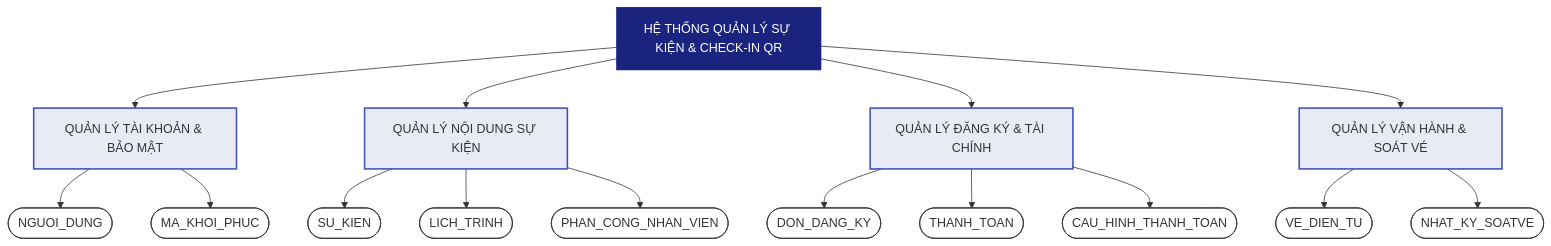
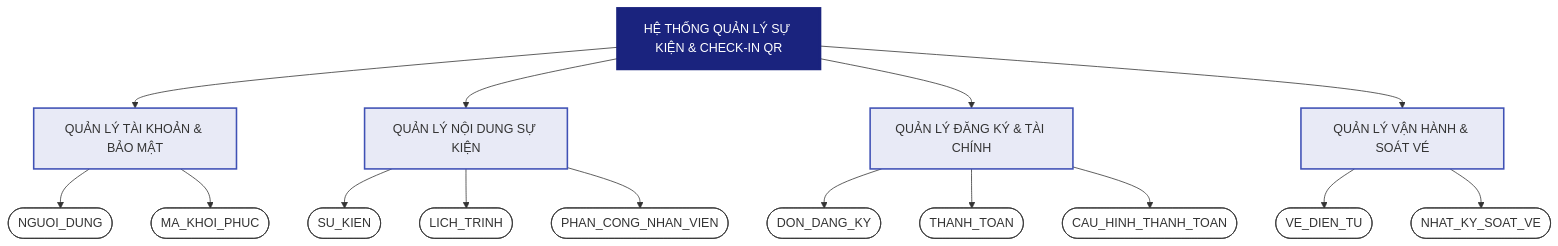
Before and after one commit to ChuDucAnh21/BE-quan-ly-su-kien: the diagram in doc/system_analysis/07_entity_decomposition.md, drawn with Mermaid. The commit also changed other lines of this file and 22 other files, not shown here.

````diff
--- a/doc/system_analysis/07_entity_decomposition.md
+++ b/doc/system_analysis/07_entity_decomposition.md
@@ -8,78 +9,78 @@
 ```mermaid
 graph TD
     %% ============================
     %% LEVEL 0: Hệ thống
     %% ============================
     System["HỆ THỐNG QUẢN LÝ SỰ KIỆN & CHECK-IN QR"]
 
     %% ============================
     %% LEVEL 1: Nhóm chức năng (hình chữ nhật)
     %% ============================
     Auth["QUẢN LÝ TÀI KHOẢN & BẢO MẬT"]
     EvMng["QUẢN LÝ NỘI DUNG SỰ KIỆN"]
     RegPay["QUẢN LÝ ĐĂNG KÝ & TÀI CHÍNH"]
     Ops["QUẢN LÝ VẬN HÀNH & SOÁT VÉ"]
 
     %% ============================
     %% LEVEL 2: Thực thể dữ liệu (hình oval)
     %% ============================
     NGUOI_DUNG([NGUOI_DUNG])
     MA_KHOI_PHUC([MA_KHOI_PHUC])
 
     SU_KIEN([SU_KIEN])
     LICH_TRINH([LICH_TRINH])
     PHAN_CONG_NHAN_VIEN([PHAN_CONG_NHAN_VIEN])
 
     DON_DANG_KY([DON_DANG_KY])
     THANH_TOAN([THANH_TOAN])
     CAU_HINH_THANH_TOAN([CAU_HINH_THANH_TOAN])
 
     VE_DIEN_TU([VE_DIEN_TU])
-    NHAT_KY_SOATVE([NHAT_KY_SOATVE])
+    NHAT_KY_SOAT_VE([NHAT_KY_SOAT_VE])
 
     %% ============================
     %% KẾT NỐI Level 0 → Level 1
     %% ============================
     System --> Auth
     System --> EvMng
     System --> RegPay
     System --> Ops
 
     %% ============================
     %% KẾT NỐI Level 1 → Level 2
     %% ============================
     Auth    --> NGUOI_DUNG
     Auth    --> MA_KHOI_PHUC
 
     EvMng   --> SU_KIEN
     EvMng   --> LICH_TRINH
     EvMng   --> PHAN_CONG_NHAN_VIEN
 
     RegPay  --> DON_DANG_KY
     RegPay  --> THANH_TOAN
     RegPay  --> CAU_HINH_THANH_TOAN
 
     Ops     --> VE_DIEN_TU
-    Ops     --> NHAT_KY_SOATVE
+    Ops     --> NHAT_KY_SOAT_VE
 
     %% ============================
     %% STYLING
     %% ============================
     style System fill:#1a237e,color:#fff,stroke:#1a237e,stroke-width:3px
 
     style Auth    fill:#e8eaf6,stroke:#3f51b5,stroke-width:2px
     style EvMng   fill:#e8eaf6,stroke:#3f51b5,stroke-width:2px
     style RegPay  fill:#e8eaf6,stroke:#3f51b5,stroke-width:2px
     style Ops     fill:#e8eaf6,stroke:#3f51b5,stroke-width:2px
 
     style NGUOI_DUNG          fill:#fff,stroke:#333,stroke-width:1px
     style MA_KHOI_PHUC        fill:#fff,stroke:#333,stroke-width:1px
     style SU_KIEN             fill:#fff,stroke:#333,stroke-width:1px
     style LICH_TRINH          fill:#fff,stroke:#333,stroke-width:1px
     style PHAN_CONG_NHAN_VIEN fill:#fff,stroke:#333,stroke-width:1px
     style DON_DANG_KY         fill:#fff,stroke:#333,stroke-width:1px
     style THANH_TOAN          fill:#fff,stroke:#333,stroke-width:1px
     style CAU_HINH_THANH_TOAN fill:#fff,stroke:#333,stroke-width:1px
     style VE_DIEN_TU          fill:#fff,stroke:#333,stroke-width:1px
-    style NHAT_KY_SOATVE      fill:#fff,stroke:#333,stroke-width:1px
+    style NHAT_KY_SOAT_VE     fill:#fff,stroke:#333,stroke-width:1px
 ```
````
